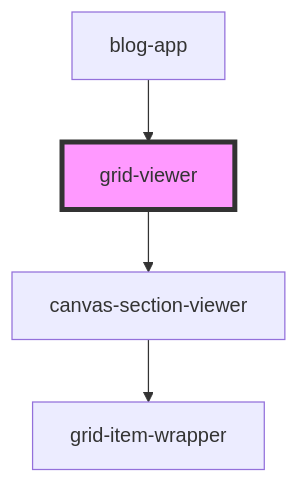
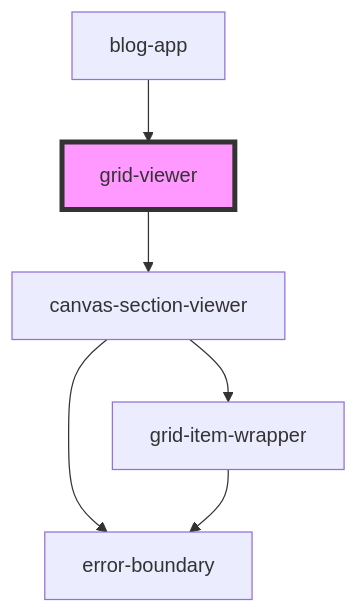
One commit to lucidworks/grid-builder-poc changed the diagram in stencil-grid-builder/src/components/grid-viewer/readme.md. Above: the diagram before and after it, drawn with Mermaid. The commit also changed 2 other files, not shown here.

Commit message:
feat(error-boundary): integrate optional error boundary into grid-viewer
Add optional error boundary support for grid-viewer:
- Conditional error boundary wrapping in canvas-section-viewer
- Supports optional error handling without bundle size increase
- Maintains 80% smaller bundle when error boundaries not needed
- Pass errorAdapterInstance when provided

Part of error boundary implementation (9/14)

🤖 Generated with [Claude Code](https://claude.com/claude-code)

````diff
--- a/stencil-grid-builder/src/components/grid-viewer/readme.md
+++ b/stencil-grid-builder/src/components/grid-viewer/readme.md
@@ -47,7 +47,9 @@
 ```mermaid
 graph TD;
   grid-viewer --> canvas-section-viewer
+  canvas-section-viewer --> error-boundary
   canvas-section-viewer --> grid-item-wrapper
+  grid-item-wrapper --> error-boundary
   blog-app --> grid-viewer
   style grid-viewer fill:#f9f,stroke:#333,stroke-width:4px
 ```
````
